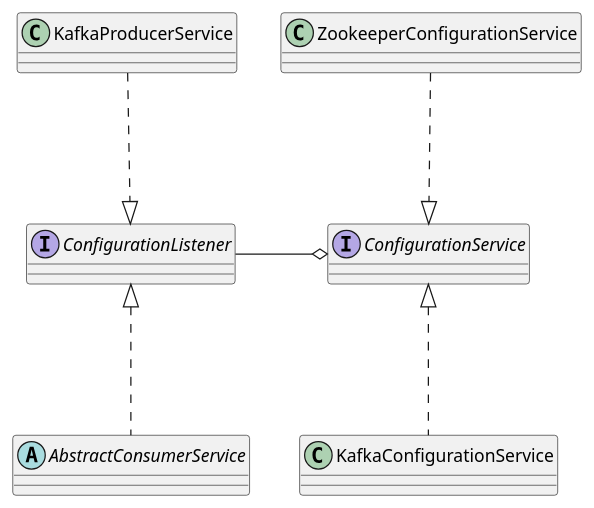
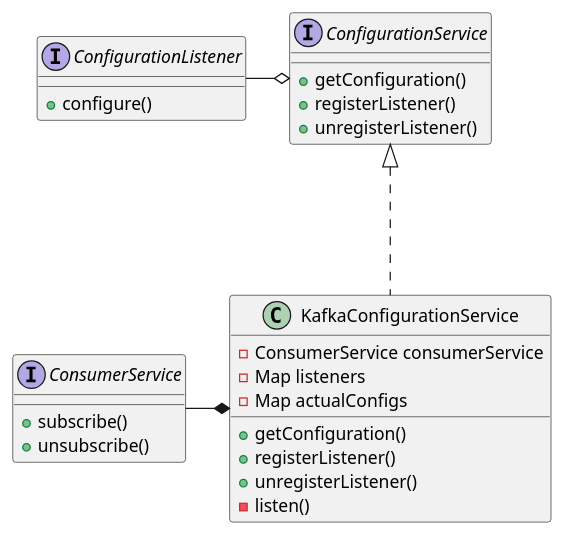
The diagram in diagrams/classes/ConfigurationClasses.puml (Rubik0000/kafka-framework-demo), drawn with PlantUML before and after one commit. The commit also changed 5 other files, not shown here.

Commit message:
update class diagrams with fields and methods

```diff
--- a/diagrams/classes/ConfigurationClasses.puml
+++ b/diagrams/classes/ConfigurationClasses.puml
@@ -1,16 +1,38 @@
 @startuml
 skinparam shadowing false
 
-interface ConfigurationListener
-interface ConfigurationService
-abstract AbstractConsumerService
+interface ConfigurationListener {
+    +configure()
+}
+
+interface ConfigurationService {
+    +getConfiguration()
+    +registerListener()
+    +unregisterListener()
+}
+
+interface ConsumerService {
+    +subscribe()
+    +unsubscribe()
+}
+
+class KafkaConfigurationService {
+    -ConsumerService consumerService
+    -Map listeners
+    -Map actualConfigs
+    +getConfiguration()
+    +registerListener()
+    +unregisterListener()
+    -listen()
+}
 
 ConfigurationService o--left- ConfigurationListener
-AbstractConsumerService -up..|> ConfigurationListener
-KafkaProducerService -down..|> ConfigurationListener
-
 KafkaConfigurationService -up..|> ConfigurationService
-ZookeeperConfigurationService -down..|> ConfigurationService
+KafkaConfigurationService *--left- ConsumerService
 
 
+'abstract AbstractConsumerService
+'AbstractConsumerService -up..|> ConfigurationListener
+'KafkaProducerService -up..|> ConfigurationListener
+
 @enduml
```
